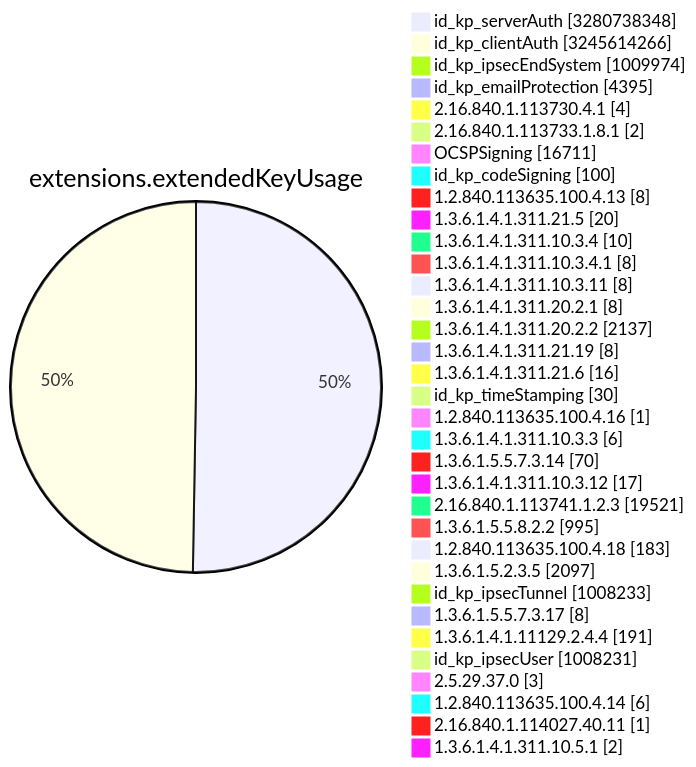
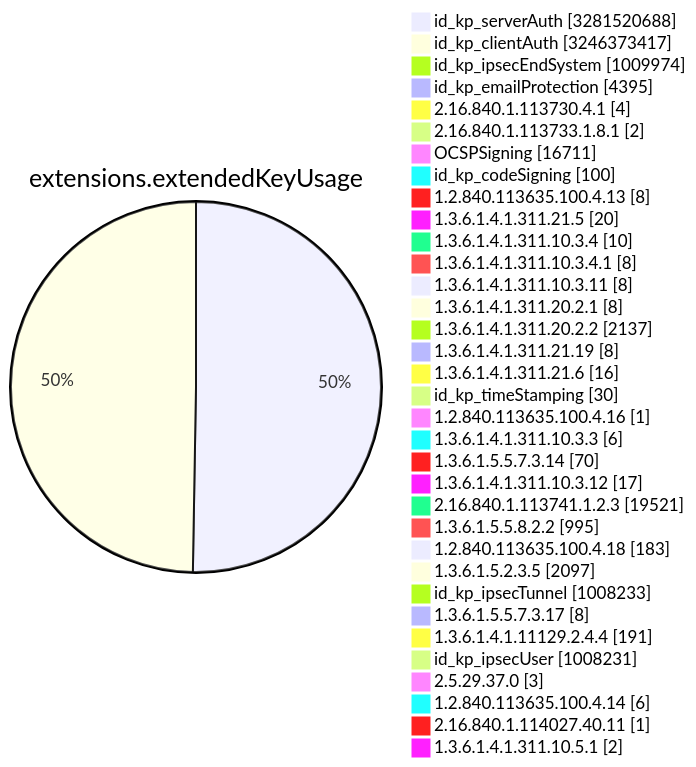
Diagram 11 of 15 in TOTAL/README.md (christiankrug/ctmonitor_visualization), drawn with Mermaid before and after one commit. The commit also changed other lines of this file, not shown here.

````diff
--- a/TOTAL/README.md
+++ b/TOTAL/README.md
@@ -4119,38 +4119,38 @@
 ```mermaid
 pie showData
 title extensions.extendedKeyUsage
-"id_kp_serverAuth" :3280738348
-"id_kp_clientAuth" :3245614266
+"id_kp_serverAuth" :3281520688
+"id_kp_clientAuth" :3246373417
 "id_kp_ipsecEndSystem" :1009974
 "id_kp_emailProtection" :4395
 "2.16.840.1.113730.4.1" :4
 "2.16.840.1.113733.1.8.1" :2
 "OCSPSigning" :16711
 "id_kp_codeSigning" :100
 "1.2.840.113635.100.4.13" :8
 "1.3.6.1.4.1.311.21.5" :20
 "1.3.6.1.4.1.311.10.3.4" :10
 "1.3.6.1.4.1.311.10.3.4.1" :8
 "1.3.6.1.4.1.311.10.3.11" :8
 "1.3.6.1.4.1.311.20.2.1" :8
 "1.3.6.1.4.1.311.20.2.2" :2137
 "1.3.6.1.4.1.311.21.19" :8
 "1.3.6.1.4.1.311.21.6" :16
 "id_kp_timeStamping" :30
 "1.2.840.113635.100.4.16" :1
 "1.3.6.1.4.1.311.10.3.3" :6
 "1.3.6.1.5.5.7.3.14" :70
 "1.3.6.1.4.1.311.10.3.12" :17
 "2.16.840.1.113741.1.2.3" :19521
 "1.3.6.1.5.5.8.2.2" :995
 "1.2.840.113635.100.4.18" :183
 "1.3.6.1.5.2.3.5" :2097
 "id_kp_ipsecTunnel" :1008233
 "1.3.6.1.5.5.7.3.17" :8
 "1.3.6.1.4.1.11129.2.4.4" :191
 "id_kp_ipsecUser" :1008231
 "2.5.29.37.0" :3
 "1.2.840.113635.100.4.14" :6
 "2.16.840.1.114027.40.11" :1
 "1.3.6.1.4.1.311.10.5.1" :2
 ```
````
